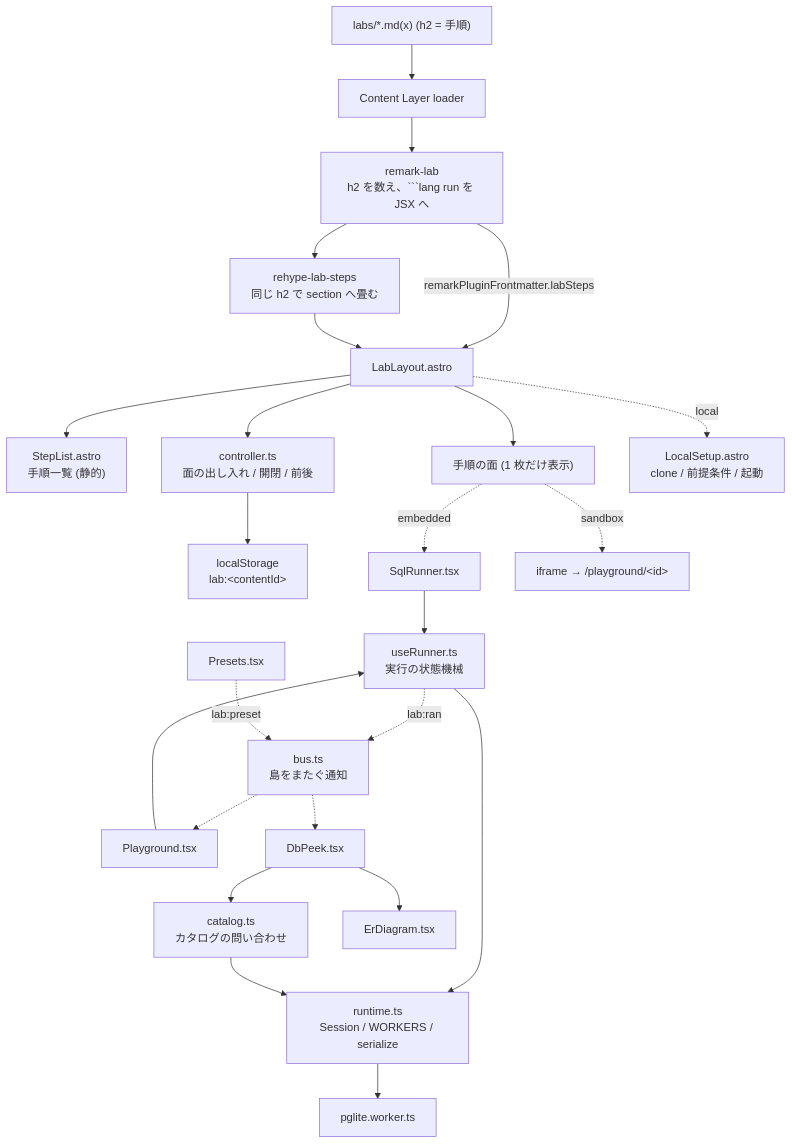
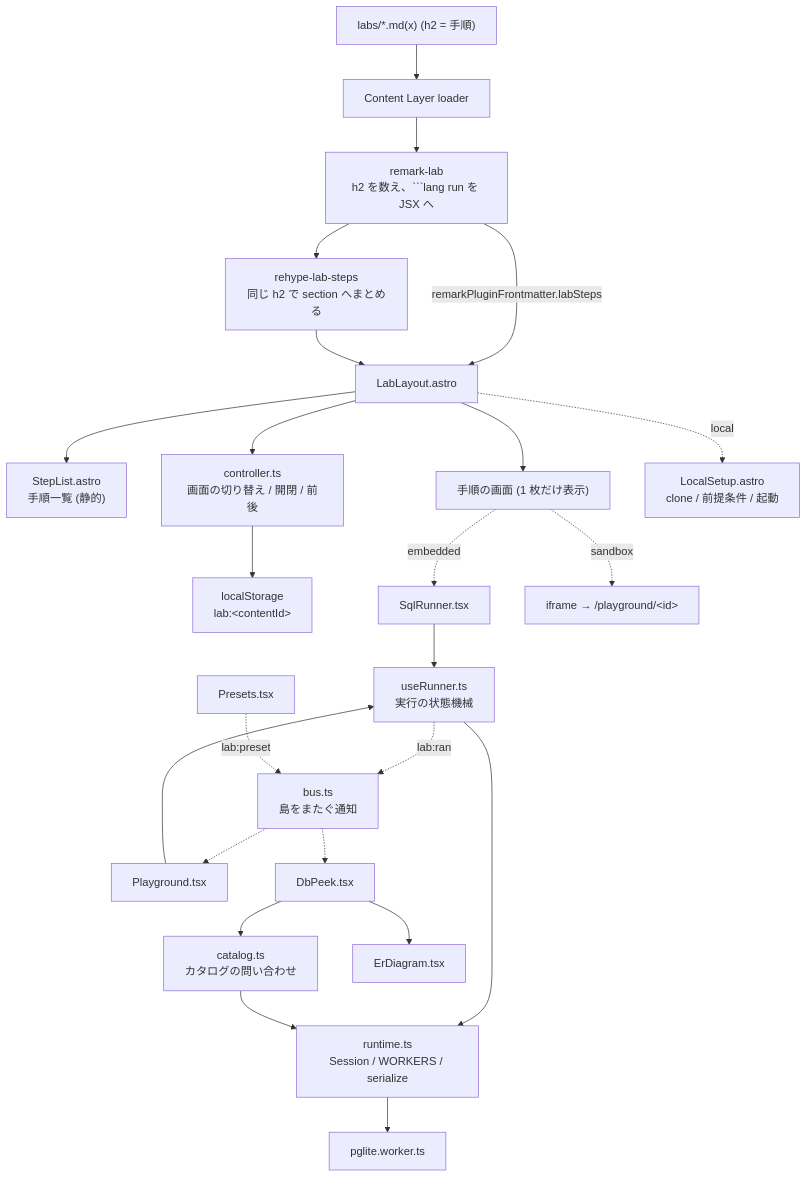
The second of 2 diagrams in design/features/interactive/DesignDoc_interactive.md (Fukuemon/fukuemon.dev), drawn with Mermaid before and after one commit. The commit also changed other lines of this file and 13 other files, not shown here.

````diff
--- a/design/features/interactive/DesignDoc_interactive.md
+++ b/design/features/interactive/DesignDoc_interactive.md
@@ -308,26 +308,26 @@
 ```mermaid
 flowchart TD
     md["labs/*.md(x) (h2 = 手順)"] --> loader["Content Layer loader"]
     loader --> remark["remark-lab<br/>h2 を数え、```lang run を JSX へ"]
     remark -->|"remarkPluginFrontmatter.labSteps"| layout["LabLayout.astro"]
-    remark --> rehype["rehype-lab-steps<br/>同じ h2 で section へ畳む"]
+    remark --> rehype["rehype-lab-steps<br/>同じ h2 で section へまとめる"]
     rehype --> layout
     layout --> list["StepList.astro<br/>手順一覧 (静的)"]
-    layout --> ctl["controller.ts<br/>面の出し入れ / 開閉 / 前後"]
+    layout --> ctl["controller.ts<br/>画面の切り替え / 開閉 / 前後"]
     ctl --> ls["localStorage<br/>lab:&lt;contentId&gt;"]
-    layout --> body["手順の面 (1 枚だけ表示)"]
+    layout --> body["手順の画面 (1 枚だけ表示)"]
     body -.->|"embedded"| runner["SqlRunner.tsx"]
     pg["Playground.tsx"] --> hook
     runner --> hook["useRunner.ts<br/>実行の状態機械"]
     hook --> rt["runtime.ts<br/>Session / WORKERS / serialize"]
     rt --> w["pglite.worker.ts"]
     hook -.->|"lab:ran"| bus["bus.ts<br/>島をまたぐ通知"]
     preset["Presets.tsx"] -.->|"lab:preset"| bus
     bus -.-> pg
     bus -.-> peek["DbPeek.tsx"]
     peek --> cat["catalog.ts<br/>カタログの問い合わせ"]
     cat --> rt
     peek --> er["ErDiagram.tsx"]
     body -.->|"sandbox"| frame["iframe → /playground/&lt;id&gt;"]
     layout -.->|"local"| setup["LocalSetup.astro<br/>clone / 前提条件 / 起動"]
 ```
````
